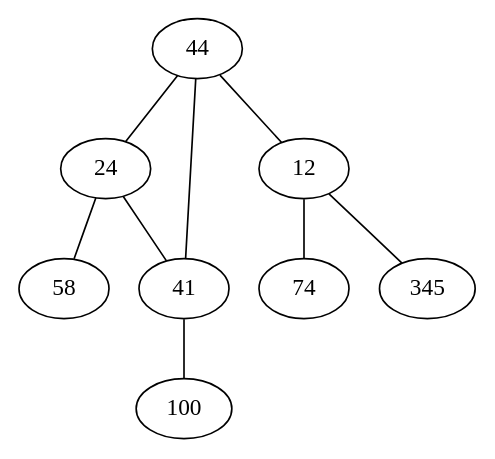
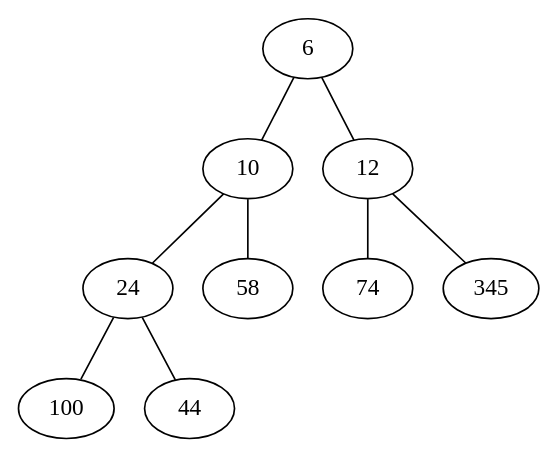
Before and after one commit to corentinckf/projetZ1: the diagram in tas_binaire/mathieu/graph_tas.dot, drawn with Graphviz. The commit also changed 12 other files, not shown here.

```diff
--- a/tas_binaire/mathieu/graph_tas.dot
+++ b/tas_binaire/mathieu/graph_tas.dot
@@ -1,10 +1,10 @@
 graph { 
-	44--24
-	44--12
-	24--41
-	24--58
+	6--10
+	6--12
+	10--24
+	10--58
 	12--74
 	12--345
-	41--100
-	41--44
+	24--100
+	24--44
 } 
```
